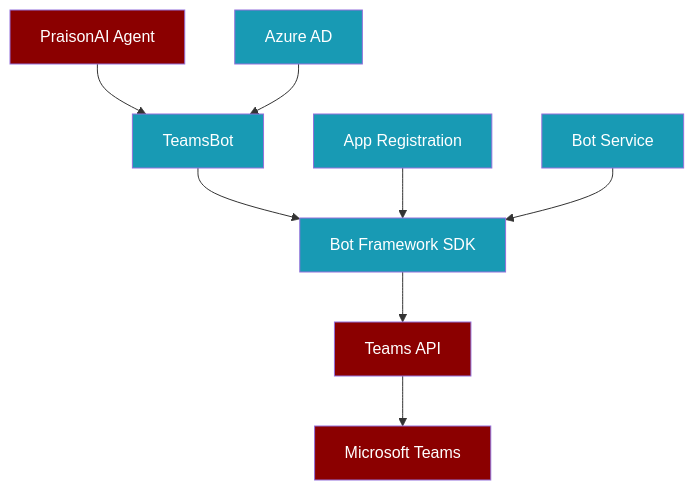
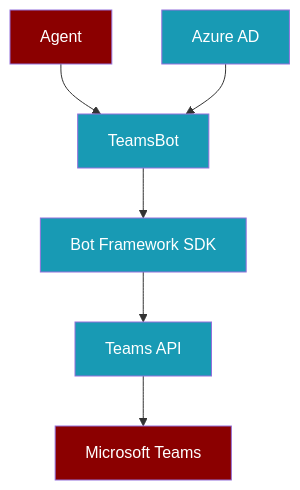
Before and after one commit to MervinPraison/PraisonAIDocs: the second of 2 diagrams in docs/features/rfc-microsoft-teams-integration.mdx, drawn with Mermaid. The commit also changed other lines of this file and 4 other files, not shown here.

````diff
--- a/docs/features/rfc-microsoft-teams-integration.mdx
+++ b/docs/features/rfc-microsoft-teams-integration.mdx
@@ -108,14 +119,14 @@
 ```mermaid
 graph TB
-    A[PraisonAI Agent]:::agent --> B[TeamsBot]:::tool
-    B --> C[Bot Framework SDK]:::tool
-    C --> D[Teams API]:::agent
-    D --> E[Microsoft Teams]:::agent
-    
-    F[Azure AD]:::tool --> B
-    G[App Registration]:::tool --> C
-    H[Bot Service]:::tool --> C
-    
+    A[Agent] --> B[TeamsBot]
+    B --> C[Bot Framework SDK]
+    C --> D[Teams API]
+    D --> E[Microsoft Teams]
+    F[Azure AD] --> B
+
     classDef agent fill:#8B0000,color:#fff
     classDef tool fill:#189AB4,color:#fff
+
+    class A,E agent
+    class B,C,D,F tool
 ```
````
